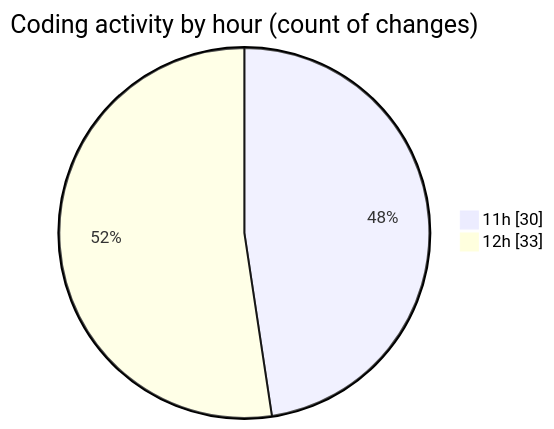
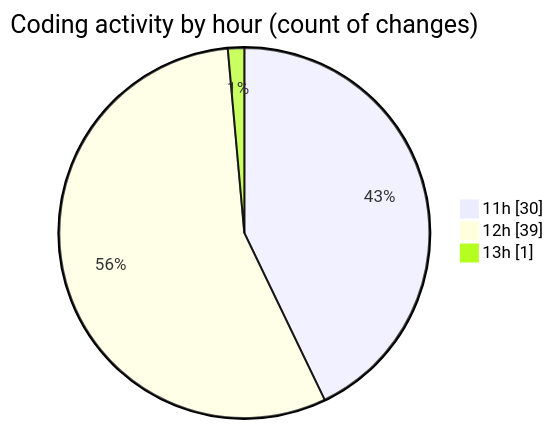
Before and after one commit to nxtqubesakshisongat/code-tracking: the second of 2 diagrams in 2025-07-13/argos/README.md, drawn with Mermaid. The commit also changed other lines of this file and 1 other file, not shown here.

````diff
--- a/2025-07-13/argos/README.md
+++ b/2025-07-13/argos/README.md
@@ -30,6 +30,7 @@
 ```mermaid
 pie showData
 title Coding activity by hour (count of changes)
 "11h" : 30
-"12h" : 33
+"12h" : 39
+"13h" : 1
 ```
````
